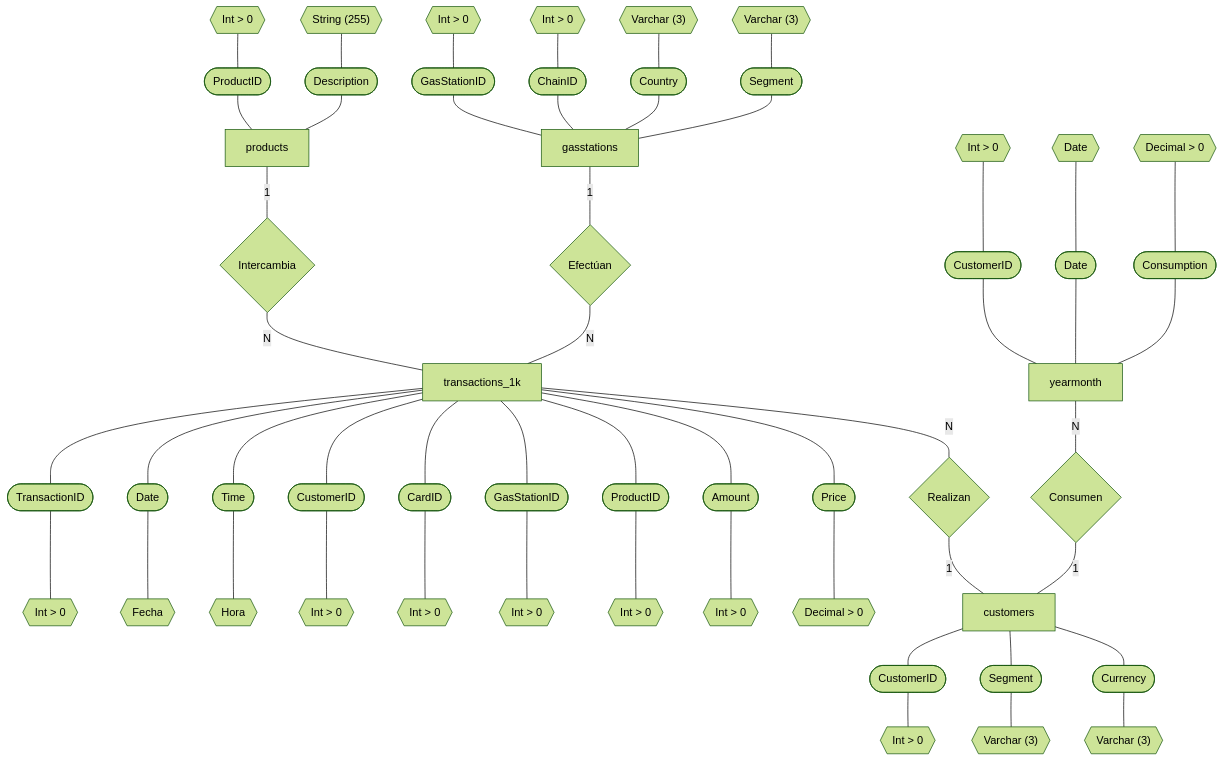
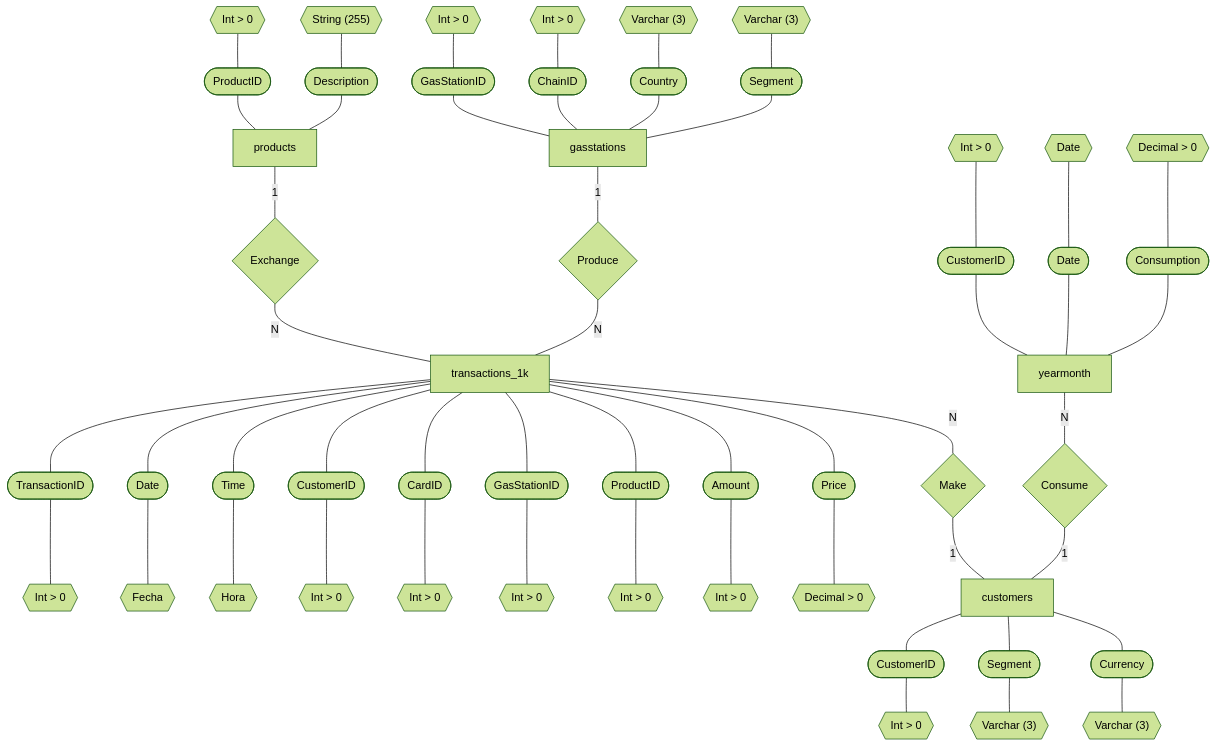
The diagram in Tareas/Tarea2.md (SandraCavazos/BDR), drawn with Mermaid (forest theme) before and after one commit.

Commit message:
cambio idioma tarea 2

````diff
--- a/Tareas/Tarea2.md
+++ b/Tareas/Tarea2.md
@@ -7,32 +7,32 @@
 ```mermaid
 flowchart BT
     d1{{Int > 0}} --- a1([TransactionID])--- transactions_1k
     d2{{Fecha}} --- a2([Date])--- transactions_1k
     d3{{Hora}} --- a3([Time]) ---transactions_1k
     d4{{Int > 0}}--- a4([CustomerID]) --- transactions_1k
     d5{{Int > 0}}--- a5([CardID]) --- transactions_1k
     d6{{Int > 0}}--- a6([GasStationID])---transactions_1k
     d7{{Int > 0}}--- a7([ProductID])---transactions_1k
     d8{{Int > 0}}--- a8([Amount])---transactions_1k
     d9{{Decimal > 0}}--- a9([Price])---transactions_1k
 
-    transactions_1k---|N|r1{Intercambia}---|1|products
+    transactions_1k---|N|r1{Exchange}---|1|products
     products---a10([ProductID])---d10{{Int > 0}}
     products---a11([Description])---d11{{"String (255)"}}
 
-    customers---|1|r2{Realizan}---|N|transactions_1k
+    customers---|1|r2{Make}---|N|transactions_1k
     d12{{Int > 0}}---a12([CustomerID])---customers
     d13{{"Varchar (3)"}}---a13([Segment])---customers
     d14{{"Varchar (3)"}}---a14([Currency])---customers
 
-    customers---|1|r3{Consumen}---|N|yearmonth
+    customers---|1|r3{Consume}---|N|yearmonth
     yearmonth---a15([CustomerID])---d15{{Int > 0}}
     yearmonth---a16([Date])---d16{{Date}}
     yearmonth---a17([Consumption])---d17{{Decimal > 0}}
 
-    transactions_1k---|N|r4{Efectúan}---|1|gasstations
+    transactions_1k---|N|r4{Produce}---|1|gasstations
     gasstations---a18([GasStationID])---d18{{Int > 0}}
     gasstations---a19([ChainID])---d19{{Int > 0}}
     gasstations---a20([Country])---d20{{"Varchar (3)"}}
     gasstations---a21([Segment])---d21{{"Varchar (3)"}}
 ```
````
